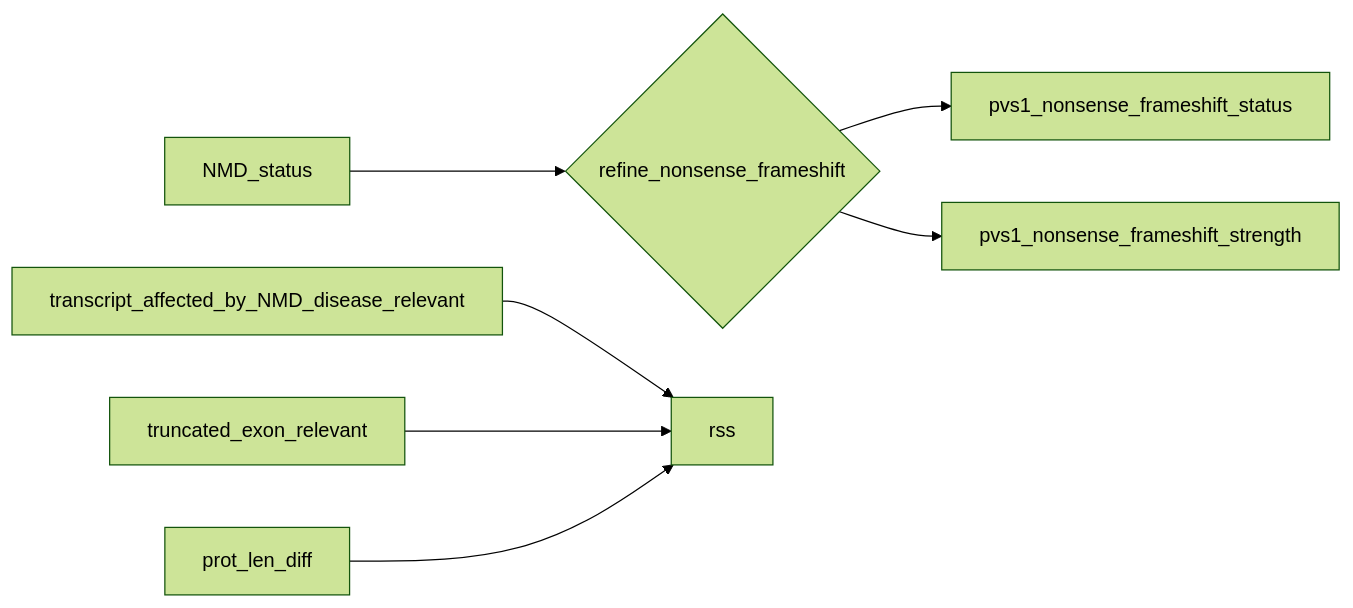
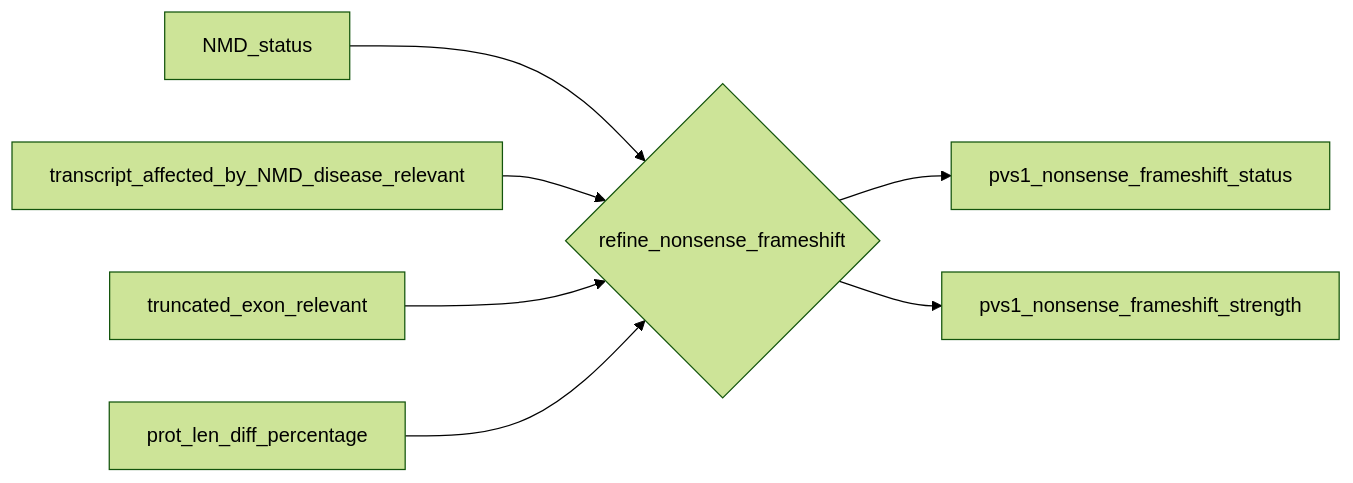
One commit to akatzke/HerediClassify changed diagram 17 of 25 in Software_design/Mermaid.org. Above: the diagram before and after it, drawn with Mermaid (forest theme). The commit also changed other lines of this file and 28 other files, not shown here.

```diff
--- a/Software_design/Mermaid.org
+++ b/Software_design/Mermaid.org
@@ -280,9 +331,9 @@
-#+begin_src mermaid : :file refine_nonsense_frameshift.png
+#+begin_src mermaid : :file pvs1_refine_nonsense_frameshift.png
 flowchart LR
    rnf{refine_nonsense_frameshift} --> pvs1_nonsense_frameshift_status
    rnf --> pvs1_nonsense_frameshift_strength
    NMD_status --> rnf
-   transcript_affected_by_NMD_disease_relevant --> rss
-   truncated_exon_relevant --> rss
-   prot_len_diff --> rss
+   transcript_affected_by_NMD_disease_relevant --> rnf
+   truncated_exon_relevant --> rnf
+   prot_len_diff_percentage --> rnf
 #+end_src
```
